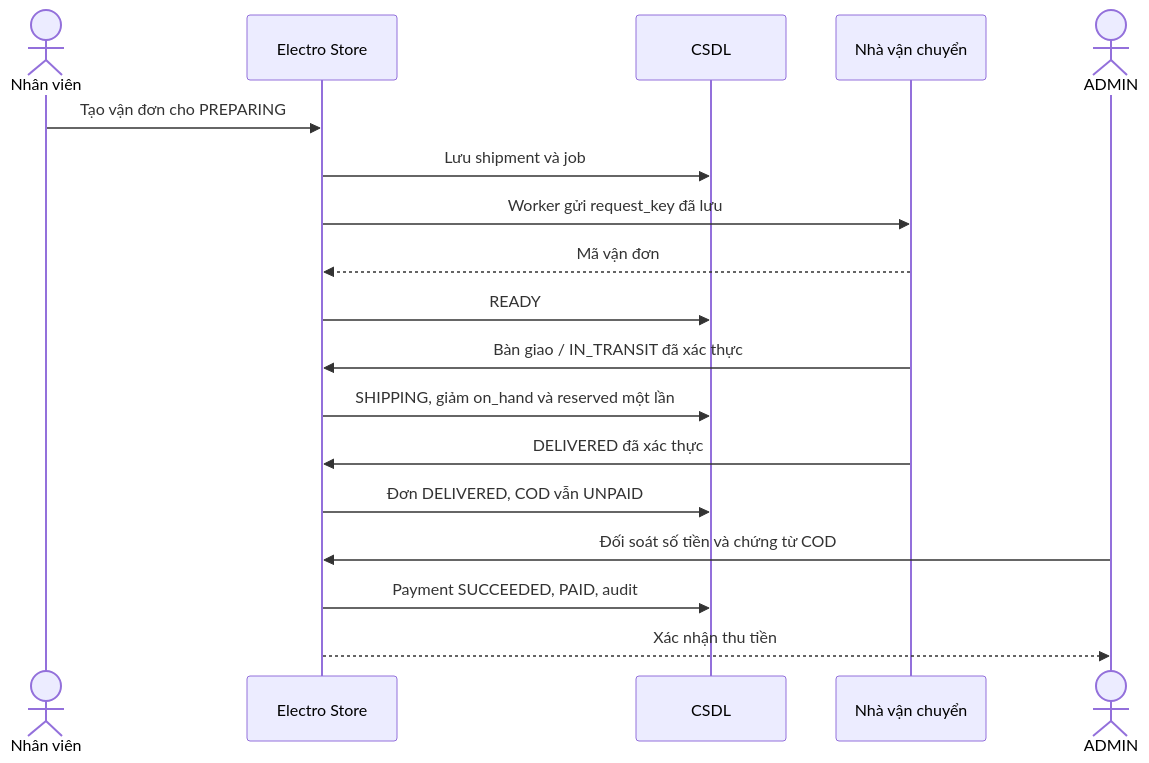
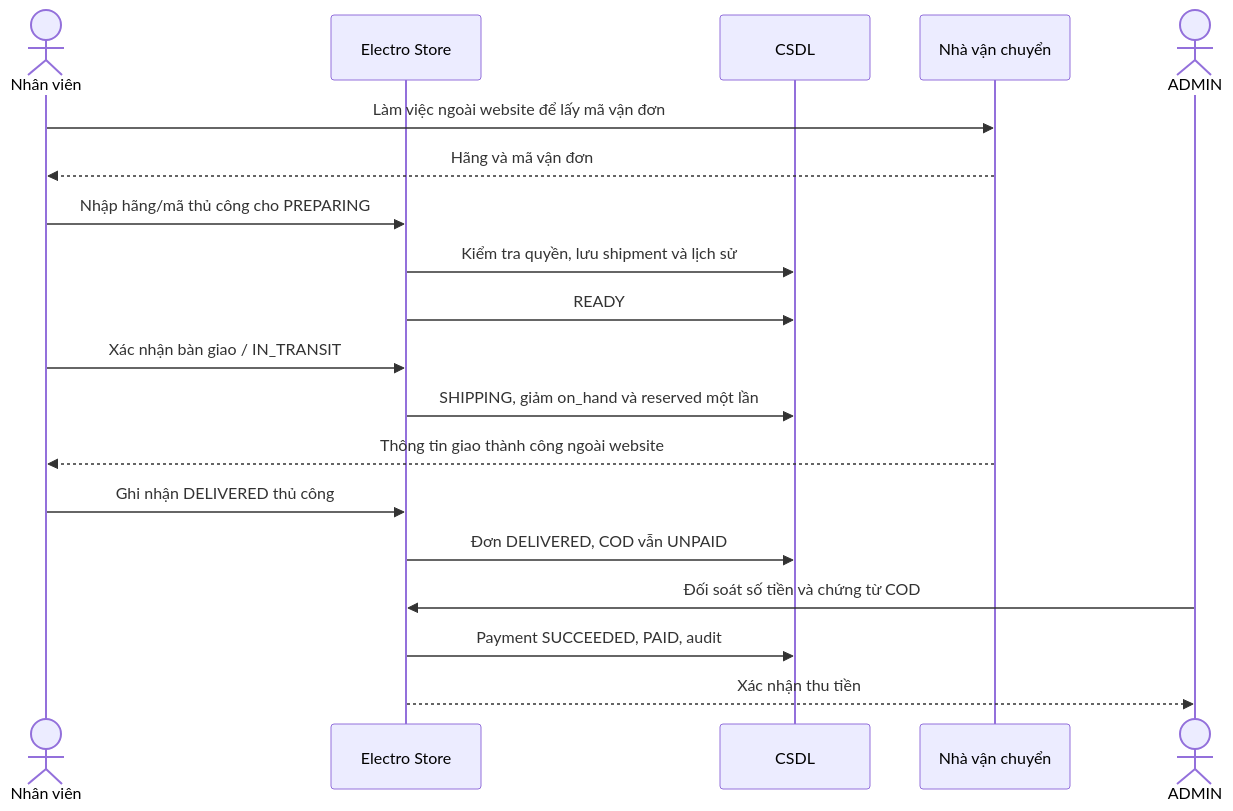
Before and after one commit to hungpkaa/x-y-d-ng-web-b-n-h-ng-i-n-t-cho-m-t-c-a-h-ng: the ninth of 12 diagrams in docs/06_QUY_TAC_VA_SO_DO_LUONG.md, drawn with Mermaid. The commit also changed other lines of this file and 134 other files, not shown here.

````diff
--- a/docs/06_QUY_TAC_VA_SO_DO_LUONG.md
+++ b/docs/06_QUY_TAC_VA_SO_DO_LUONG.md
@@ -223,20 +265,21 @@
 ```mermaid
 sequenceDiagram
   actor N as Nhân viên
   participant W as Electro Store
   participant D as CSDL
   participant G as Nhà vận chuyển
   actor Q as ADMIN
-  N->>W: Tạo vận đơn cho PREPARING
-  W->>D: Lưu shipment và job
-  W->>G: Worker gửi request_key đã lưu
-  G-->>W: Mã vận đơn
+  N->>G: Làm việc ngoài website để lấy mã vận đơn
+  G-->>N: Hãng và mã vận đơn
+  N->>W: Nhập hãng/mã thủ công cho PREPARING
+  W->>D: Kiểm tra quyền, lưu shipment và lịch sử
   W->>D: READY
-  G->>W: Bàn giao / IN_TRANSIT đã xác thực
+  N->>W: Xác nhận bàn giao / IN_TRANSIT
   W->>D: SHIPPING, giảm on_hand và reserved một lần
-  G->>W: DELIVERED đã xác thực
+  G-->>N: Thông tin giao thành công ngoài website
+  N->>W: Ghi nhận DELIVERED thủ công
   W->>D: Đơn DELIVERED, COD vẫn UNPAID
   Q->>W: Đối soát số tiền và chứng từ COD
   W->>D: Payment SUCCEEDED, PAID, audit
   W-->>Q: Xác nhận thu tiền
 ```
````
